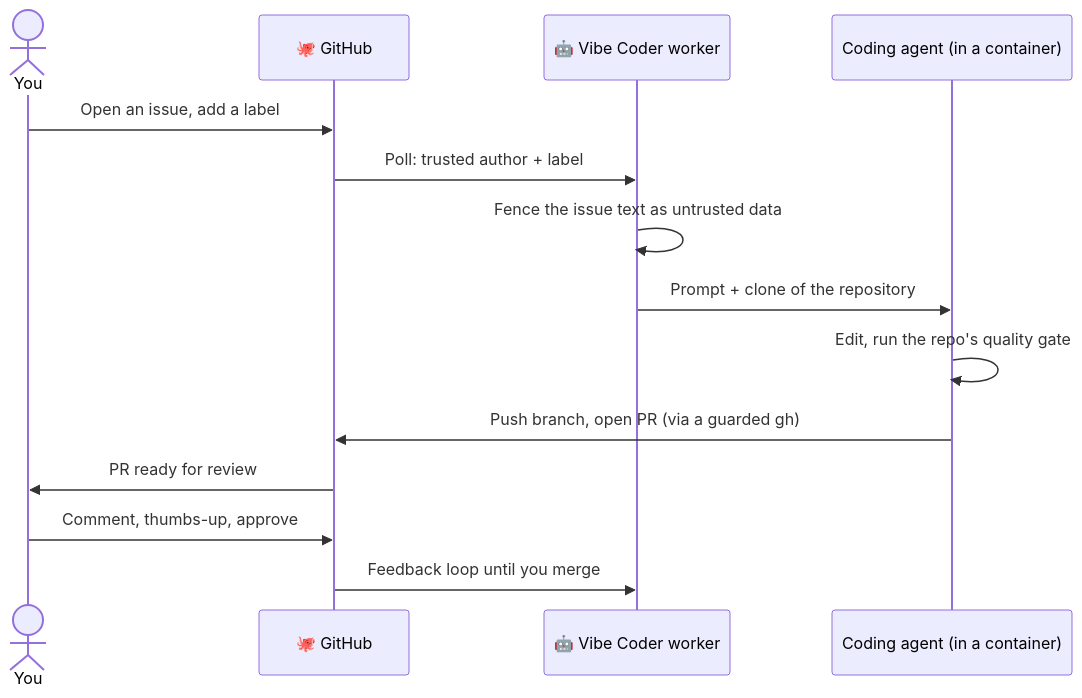
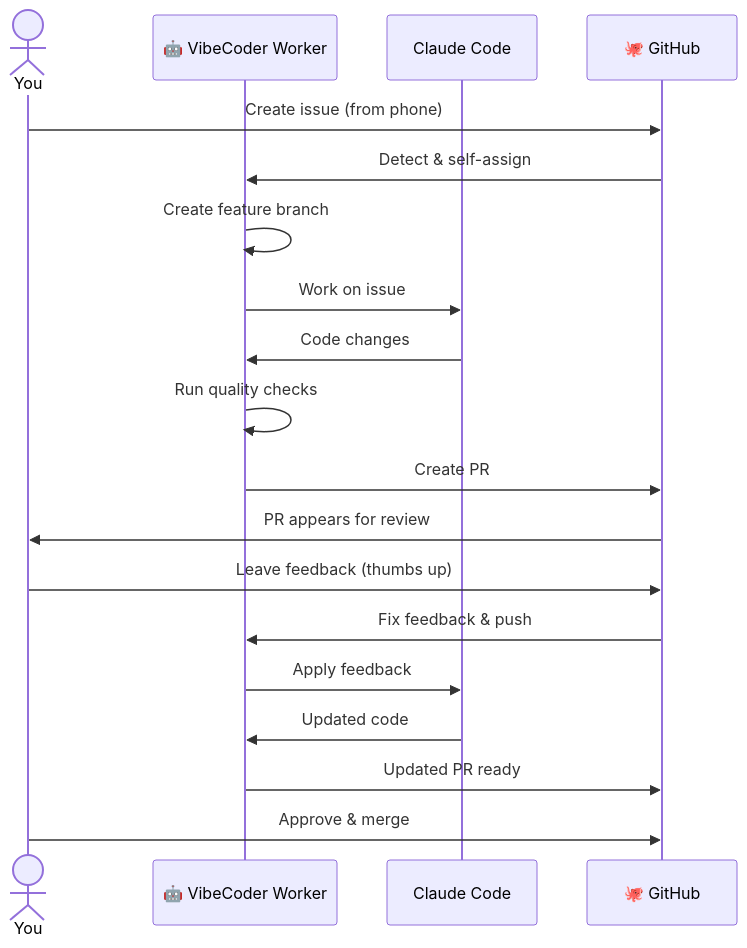
Before and after one commit to stSoftwareAU/VibeCoder: the first of 4 diagrams in README.md, drawn with Mermaid. The commit also changed other lines of this file and 292 other files, not shown here.

````diff
--- a/README.md
+++ b/README.md
@@ -28,17 +19,22 @@
 ```mermaid
 sequenceDiagram
     actor You
+    participant Worker as 🤖 VibeCoder Worker
+    participant Claude as Claude Code
     participant GitHub as 🐙 GitHub
-    participant Worker as 🤖 Vibe Coder worker
-    participant Agent as Coding agent (in a container)
 
-    You->>GitHub: Open an issue, add a label
-    GitHub->>Worker: Poll: trusted author + label
-    Worker->>Worker: Fence the issue text as untrusted data
-    Worker->>Agent: Prompt + clone of the repository
-    Agent->>Agent: Edit, run the repo's quality gate
-    Agent->>GitHub: Push branch, open PR (via a guarded gh)
-    GitHub->>You: PR ready for review
-    You->>GitHub: Comment, thumbs-up, approve
-    GitHub->>Worker: Feedback loop until you merge
+    You->>GitHub: Create issue (from phone)
+    GitHub->>Worker: Detect & self-assign
+    Worker->>Worker: Create feature branch
+    Worker->>Claude: Work on issue
+    Claude->>Worker: Code changes
+    Worker->>Worker: Run quality checks
+    Worker->>GitHub: Create PR
+    GitHub->>You: PR appears for review
+    You->>GitHub: Leave feedback (thumbs up)
+    GitHub->>Worker: Fix feedback & push
+    Worker->>Claude: Apply feedback
+    Claude->>Worker: Updated code
+    Worker->>GitHub: Updated PR ready
+    You->>GitHub: Approve & merge
 ```
````
